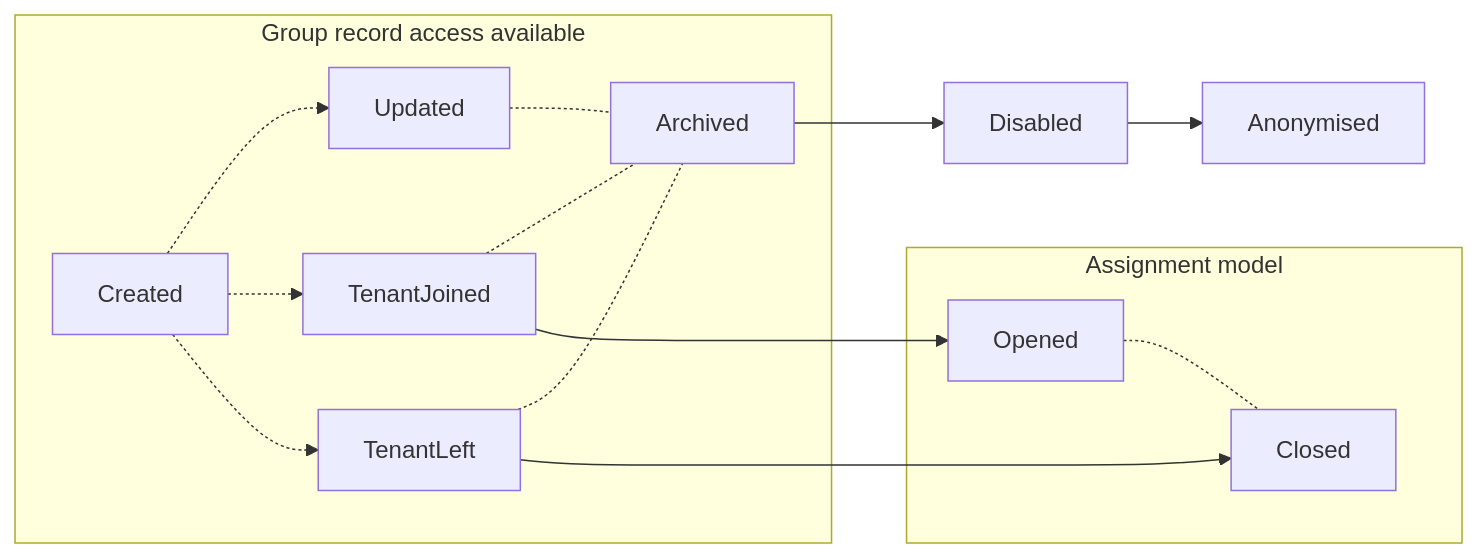
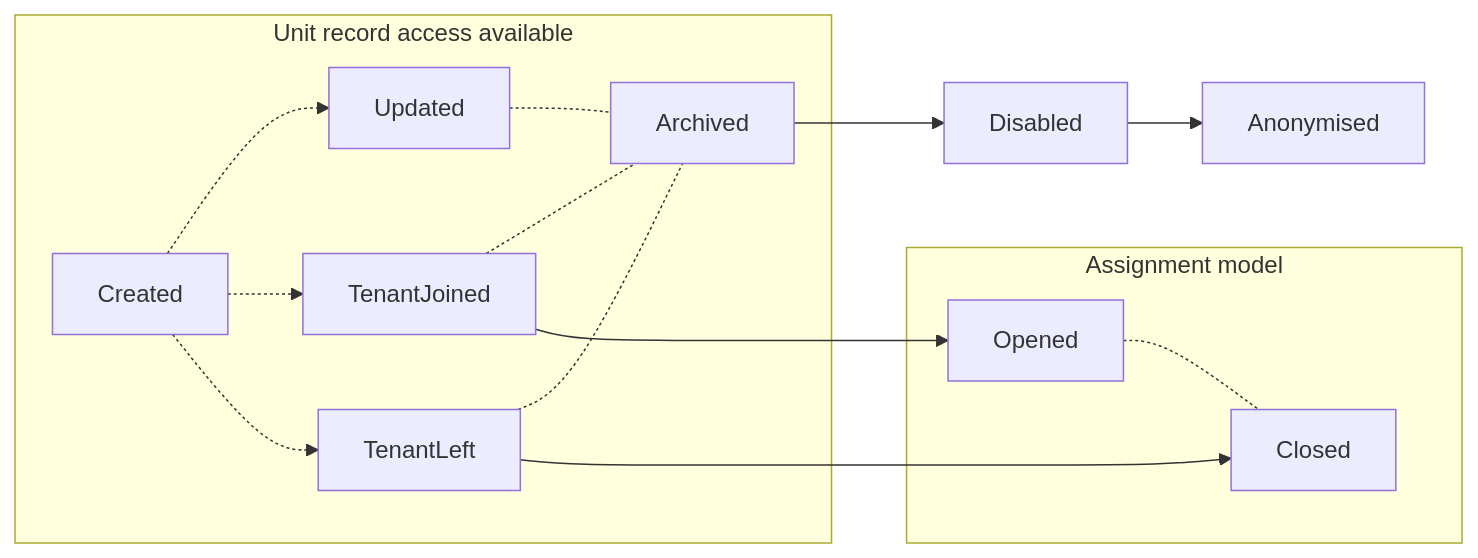
The third of 3 diagrams in coly-api.md (coly-technologies/coly-technologies.github.io), drawn with Mermaid before and after one commit. The commit also changed other lines of this file, not shown here.

Commit message:
group -> unit

````diff
--- a/coly-api.md
+++ b/coly-api.md
@@ -124,12 +124,12 @@
 ```mermaid
 graph LR;
   subgraph Assignment model
     Opened -.- Closed
   end
-  subgraph Group record access available
+  subgraph Unit record access available
     Created -.-> Updated & TenantJoined & TenantLeft -.- Archived
   end
   Archived --> Disabled --> Anonymised
   TenantJoined ---> Opened
   TenantLeft ---> Closed
 ```
````
